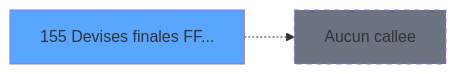
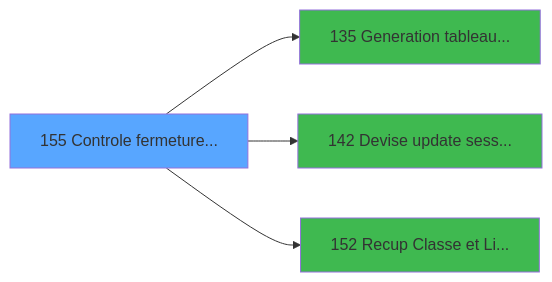
The third of 3 diagrams in .openspec/specs/ADH-IDE-155.md (thonyAGP/lecteur-magic), drawn with Mermaid before and after one commit. The commit also changed other lines of this file and 493 other files, not shown here.

````diff
--- a/.openspec/specs/ADH-IDE-155.md
+++ b/.openspec/specs/ADH-IDE-155.md
@@ -168,8 +579,14 @@
 ```mermaid
 graph LR
-    T155[155 Devises finales FF...]
+    T155[155 Controle fermeture...]
     style T155 fill:#58a6ff
-    NONE[Aucun callee]
-    T155 -.-> NONE
-    style NONE fill:#6b7280,stroke-dasharray: 5 5
+    C135[135 Generation tableau...]
+    T155 --> C135
+    style C135 fill:#3fb950
+    C142[142 Devise update sess...]
+    T155 --> C142
+    style C142 fill:#3fb950
+    C152[152 Recup Classe et Li...]
+    T155 --> C152
+    style C152 fill:#3fb950
 ```
````
